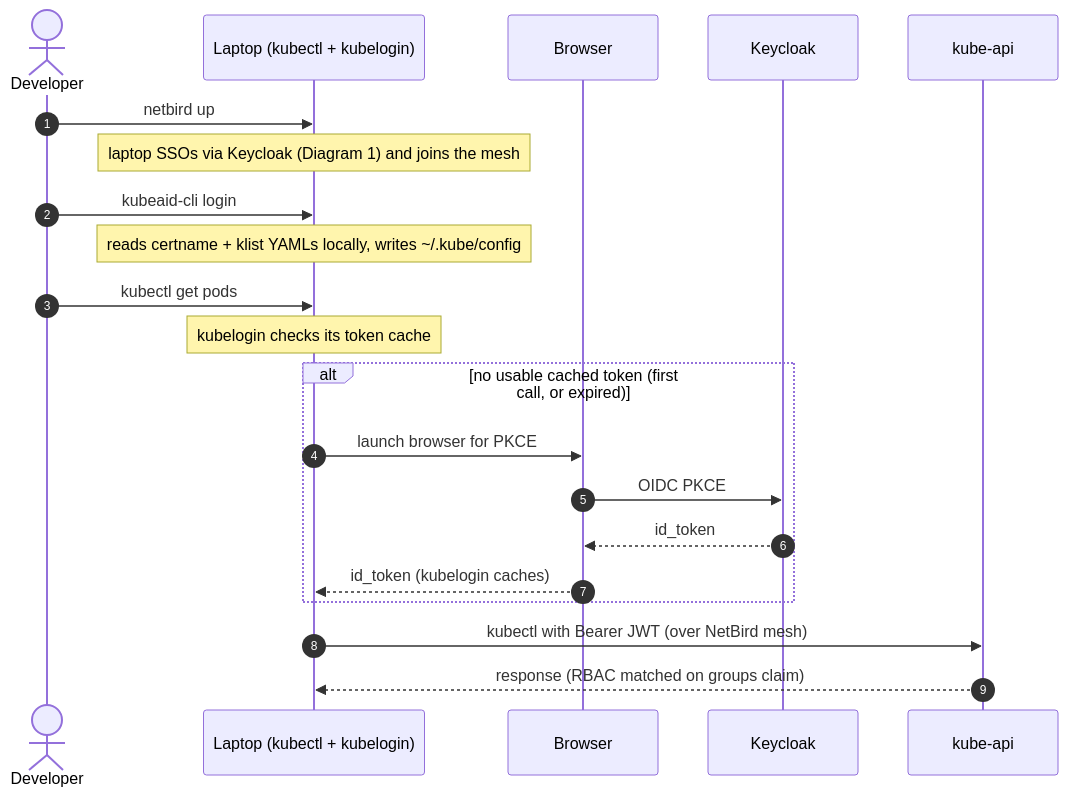
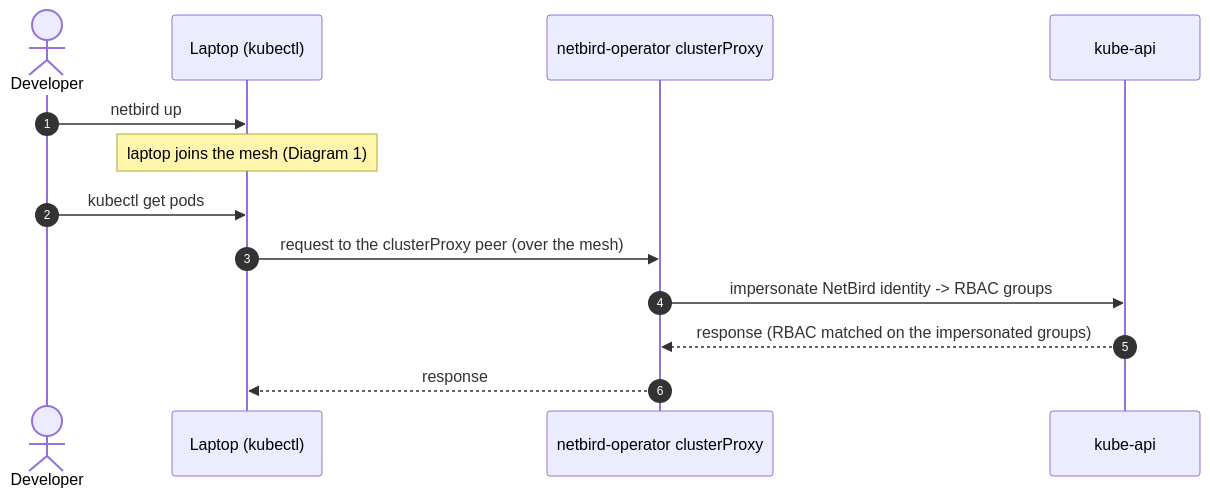
One commit to Obmondo/kubeaid-cli changed the seventh of 7 diagrams in docs/netbird-vpn-architecture.md. Above: the diagram before and after it, drawn with Mermaid. The commit also changed other lines of this file and 34 other files, not shown here.

First line of the commit message:
feat(netbird): workload access via clusterProxy; remove kube-apiserver OIDC

````diff
--- a/docs/netbird-vpn-architecture.md
+++ b/docs/netbird-vpn-architecture.md
@@ -251,24 +214,16 @@
 ```mermaid
 sequenceDiagram
   autonumber
   actor Dev as Developer
-  participant Lap as Laptop (kubectl + kubelogin)
-  participant Bro as Browser
-  participant KC as Keycloak
+  participant Lap as Laptop (kubectl)
+  participant Proxy as netbird-operator clusterProxy
   participant API as kube-api
 
   Dev->>Lap: netbird up
-  Note over Lap: laptop SSOs via Keycloak (Diagram 1) and joins the mesh
-  Dev->>Lap: kubeaid-cli login
-  Note over Lap: reads certname + klist YAMLs locally, writes ~/.kube/config
+  Note over Lap: laptop joins the mesh (Diagram 1)
   Dev->>Lap: kubectl get pods
-  Note over Lap: kubelogin checks its token cache
-  alt no usable cached token (first call, or expired)
-    Lap->>Bro: launch browser for PKCE
-    Bro->>KC: OIDC PKCE
-    KC-->>Bro: id_token
-    Bro-->>Lap: id_token (kubelogin caches)
-  end
-  Lap->>API: kubectl with Bearer JWT (over NetBird mesh)
-  API-->>Lap: response (RBAC matched on groups claim)
+  Lap->>Proxy: request to the clusterProxy peer (over the mesh)
+  Proxy->>API: impersonate NetBird identity -> RBAC groups
+  API-->>Proxy: response (RBAC matched on the impersonated groups)
+  Proxy-->>Lap: response
 ```
````
